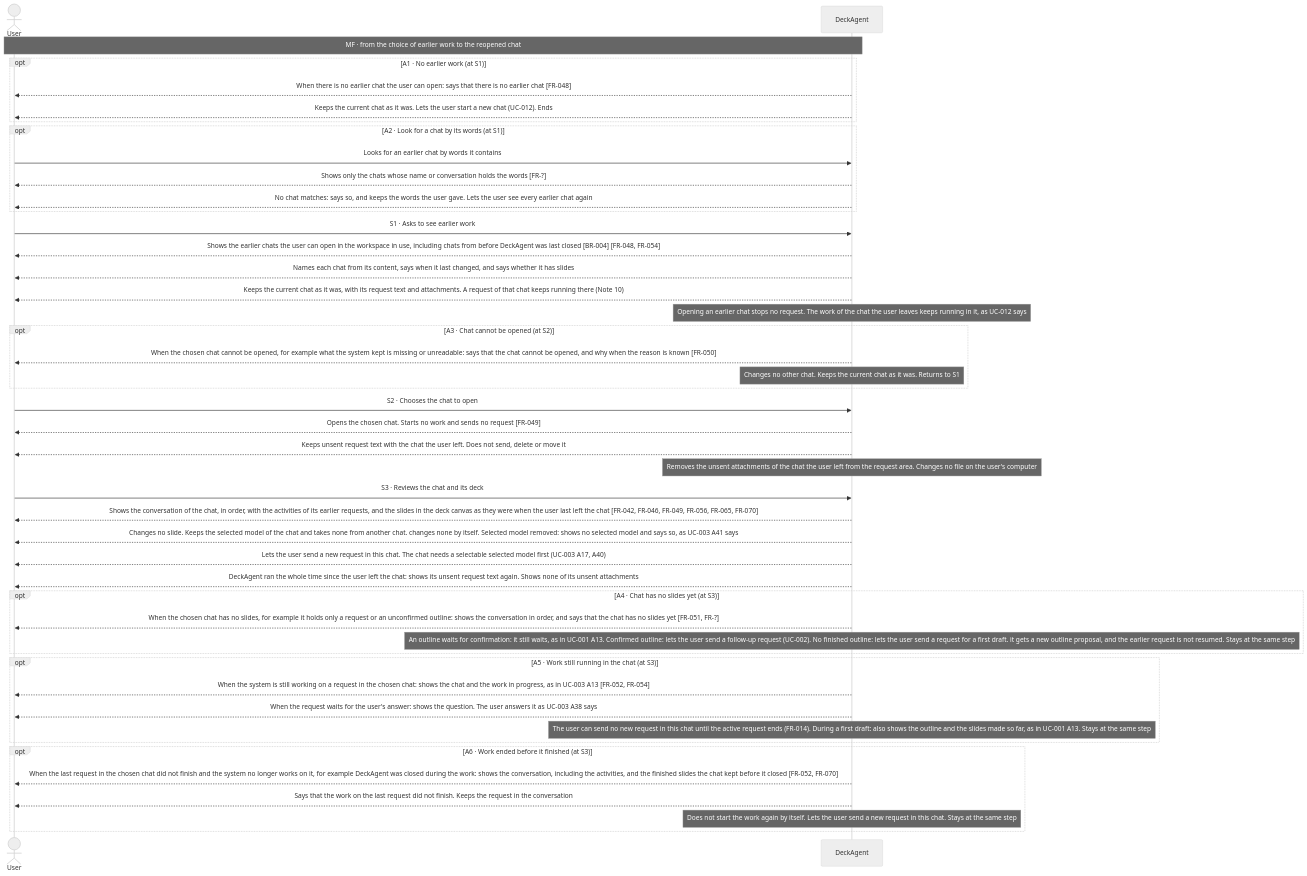
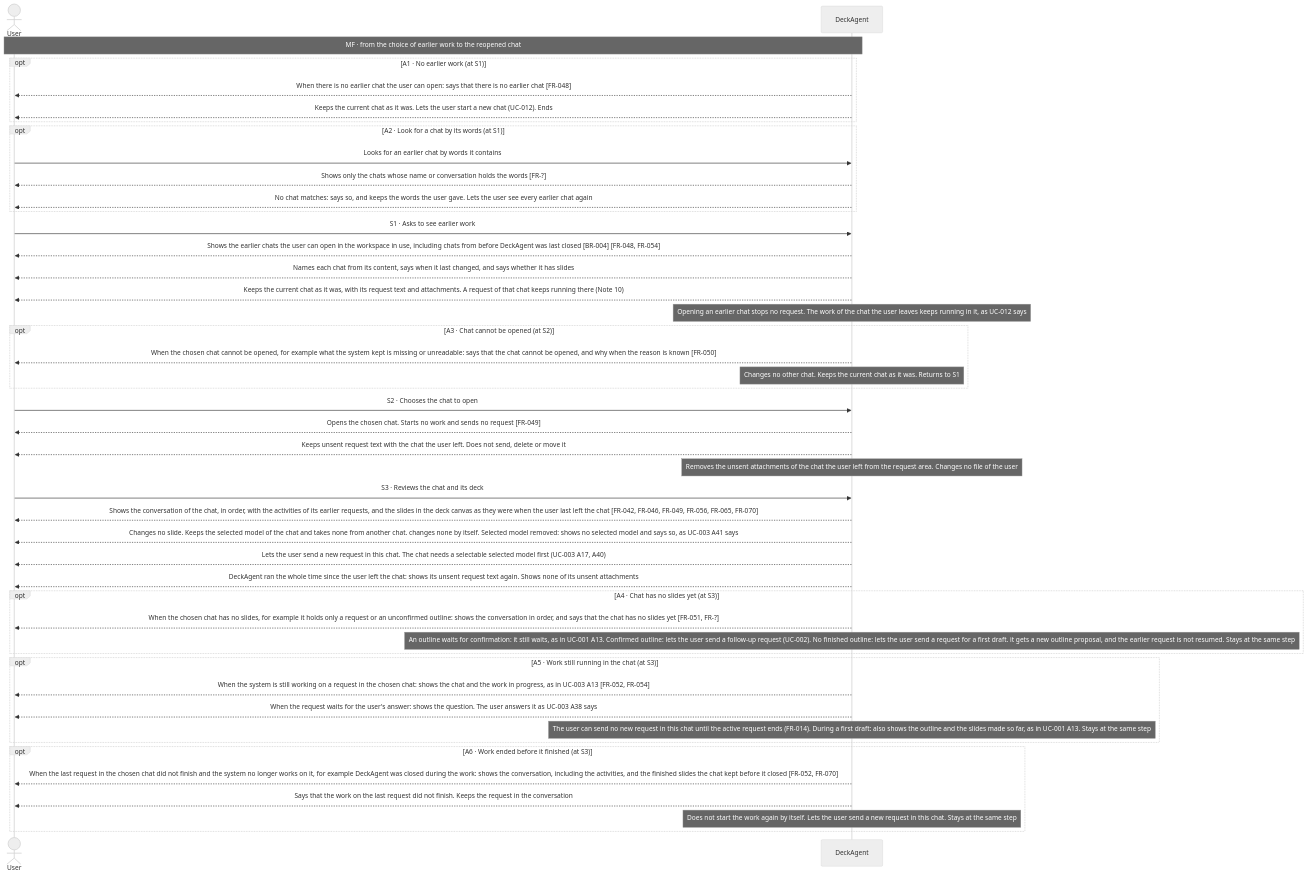
The diagram in docs/spec/03-use-cases/UC-006.md (Luke23127006/DeckAgent), drawn with Mermaid (neutral theme) before and after one commit. The commit also changed other lines of this file and 14 other files, not shown here.

````diff
--- a/docs/spec/03-use-cases/UC-006.md
+++ b/docs/spec/03-use-cases/UC-006.md
@@ -40,47 +40,47 @@
 ```mermaid
 sequenceDiagram
     actor User
     participant DeckAgent
     Note over User,DeckAgent: MF · from the choice of earlier work to the reopened chat
     opt A1 · No earlier work (at S1)
         DeckAgent-->>User: When there is no earlier chat the user can open: says that there is no earlier chat [FR-048]
         DeckAgent-->>User: Keeps the current chat as it was. Lets the user start a new chat (UC-012). Ends
     end
     opt A2 · Look for a chat by its words (at S1)
         User->>DeckAgent: Looks for an earlier chat by words it contains
         DeckAgent-->>User: Shows only the chats whose name or conversation holds the words [FR-?]
         DeckAgent-->>User: No chat matches: says so, and keeps the words the user gave. Lets the user see every earlier chat again
     end
     User->>DeckAgent: S1 · Asks to see earlier work
     DeckAgent-->>User: Shows the earlier chats the user can open in the workspace in use, including chats from before DeckAgent was last closed [BR-004] [FR-048, FR-054]
     DeckAgent-->>User: Names each chat from its content, says when it last changed, and says whether it has slides
     DeckAgent-->>User: Keeps the current chat as it was, with its request text and attachments. A request of that chat keeps running there (Note 10)
     note over DeckAgent: Opening an earlier chat stops no request. The work of the chat the user leaves keeps running in it, as UC-012 says
     opt A3 · Chat cannot be opened (at S2)
         DeckAgent-->>User: When the chosen chat cannot be opened, for example what the system kept is missing or unreadable: says that the chat cannot be opened, and why when the reason is known [FR-050]
         note over DeckAgent: Changes no other chat. Keeps the current chat as it was. Returns to S1
     end
     User->>DeckAgent: S2 · Chooses the chat to open
     DeckAgent-->>User: Opens the chosen chat. Starts no work and sends no request [FR-049]
     DeckAgent-->>User: Keeps unsent request text with the chat the user left. Does not send, delete or move it
-    note over DeckAgent: Removes the unsent attachments of the chat the user left from the request area. Changes no file on the user's computer
+    note over DeckAgent: Removes the unsent attachments of the chat the user left from the request area. Changes no file of the user
     User->>DeckAgent: S3 · Reviews the chat and its deck
     DeckAgent-->>User: Shows the conversation of the chat, in order, with the activities of its earlier requests, and the slides in the deck canvas as they were when the user last left the chat [FR-042, FR-046, FR-049, FR-056, FR-065, FR-070]
     DeckAgent-->>User: Changes no slide. Keeps the selected model of the chat and takes none from another chat. changes none by itself. Selected model removed: shows no selected model and says so, as UC-003 A41 says
     DeckAgent-->>User: Lets the user send a new request in this chat. The chat needs a selectable selected model first (UC-003 A17, A40)
     DeckAgent-->>User: DeckAgent ran the whole time since the user left the chat: shows its unsent request text again. Shows none of its unsent attachments
     opt A4 · Chat has no slides yet (at S3)
         DeckAgent-->>User: When the chosen chat has no slides, for example it holds only a request or an unconfirmed outline: shows the conversation in order, and says that the chat has no slides yet [FR-051, FR-?]
         note over DeckAgent: An outline waits for confirmation: it still waits, as in UC-001 A13. Confirmed outline: lets the user send a follow-up request (UC-002). No finished outline: lets the user send a request for a first draft. it gets a new outline proposal, and the earlier request is not resumed. Stays at the same step
     end
     opt A5 · Work still running in the chat (at S3)
         DeckAgent-->>User: When the system is still working on a request in the chosen chat: shows the chat and the work in progress, as in UC-003 A13 [FR-052, FR-054]
         DeckAgent-->>User: When the request waits for the user's answer: shows the question. The user answers it as UC-003 A38 says
         note over DeckAgent: The user can send no new request in this chat until the active request ends (FR-014). During a first draft: also shows the outline and the slides made so far, as in UC-001 A13. Stays at the same step
     end
     opt A6 · Work ended before it finished (at S3)
         DeckAgent-->>User: When the last request in the chosen chat did not finish and the system no longer works on it, for example DeckAgent was closed during the work: shows the conversation, including the activities, and the finished slides the chat kept before it closed [FR-052, FR-070]
         DeckAgent-->>User: Says that the work on the last request did not finish. Keeps the request in the conversation
         note over DeckAgent: Does not start the work again by itself. Lets the user send a new request in this chat. Stays at the same step
     end
 ```
````
